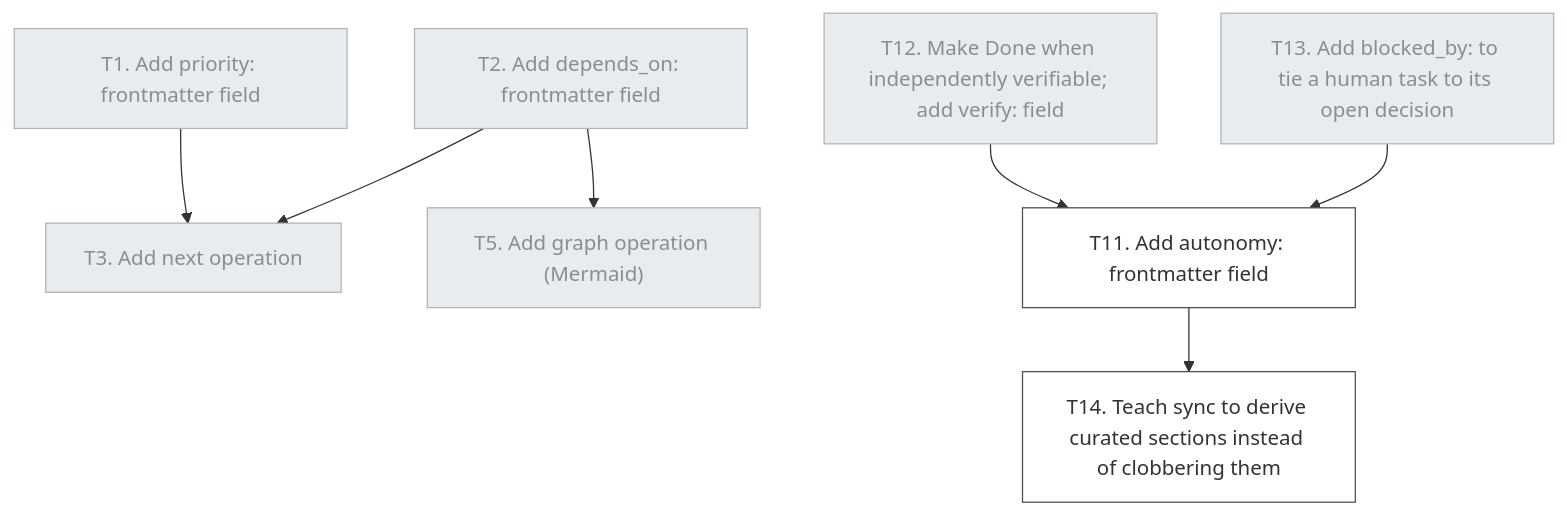
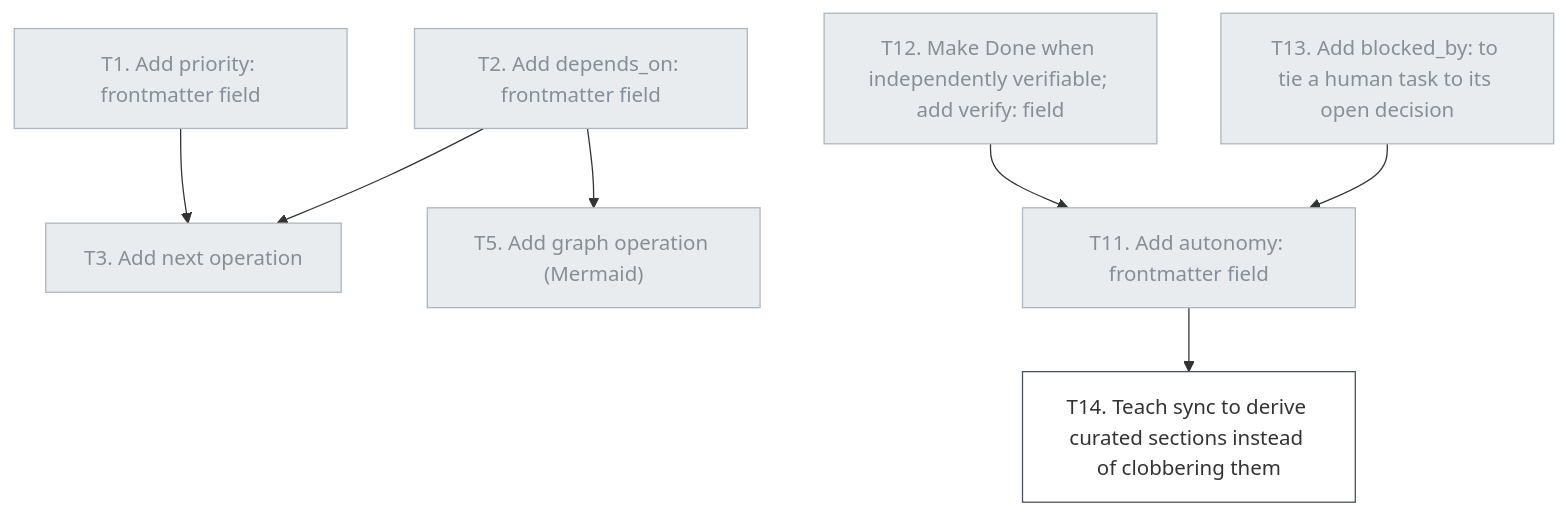
One commit to luisalima/opentasks-skill changed the diagram in docs/tasks/TASK_INDEX.md. Above: the diagram before and after it, drawn with Mermaid. The commit also changed other lines of this file and 6 other files, not shown here.

First line of the commit message:
T11: add autonomy: field gating unattended execution

````diff
--- a/docs/tasks/TASK_INDEX.md
+++ b/docs/tasks/TASK_INDEX.md
@@ -34,22 +34,22 @@
 ```mermaid
 graph TD
     T1["T1. Add priority: frontmatter field"]:::done
     T2["T2. Add depends_on: frontmatter field"]:::done
     T3["T3. Add next operation"]:::done
     T5["T5. Add graph operation (Mermaid)"]:::done
-    T11["T11. Add autonomy: frontmatter field"]:::todo
+    T11["T11. Add autonomy: frontmatter field"]:::done
     T12["T12. Make Done when independently verifiable; add verify: field"]:::done
     T13["T13. Add blocked_by: to tie a human task to its open decision"]:::done
     T14["T14. Teach sync to derive curated sections instead of clobbering them"]:::todo
     T1 --> T3
     T2 --> T3
     T2 --> T5
     T12 --> T11
     T13 --> T11
     T11 --> T14
     classDef todo fill:#ffffff,stroke:#495057
     classDef doing fill:#fff3bf,stroke:#f59f00,stroke-width:2px
     classDef blocked fill:#ffe3e3,stroke:#e03131,stroke-dasharray: 5 5
     classDef done fill:#e9ecef,stroke:#adb5bd,color:#868e96
     classDef missing fill:#ffffff,stroke:#e03131,stroke-dasharray: 2 2,color:#e03131
 ```
````
